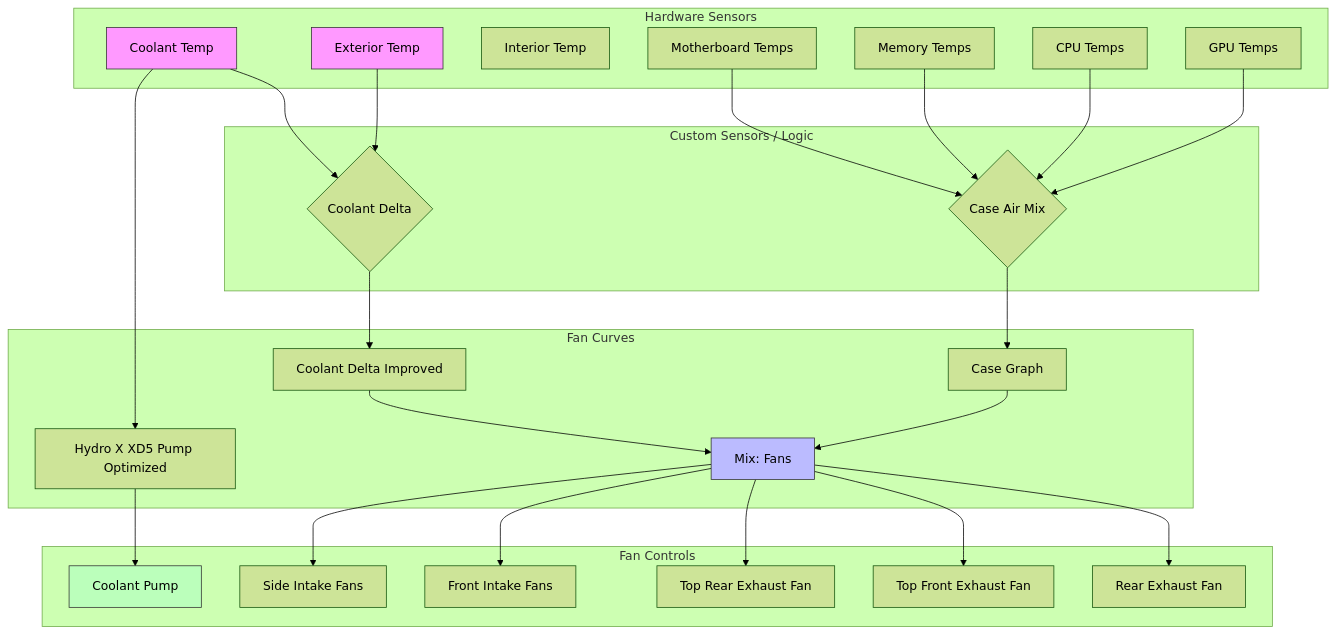
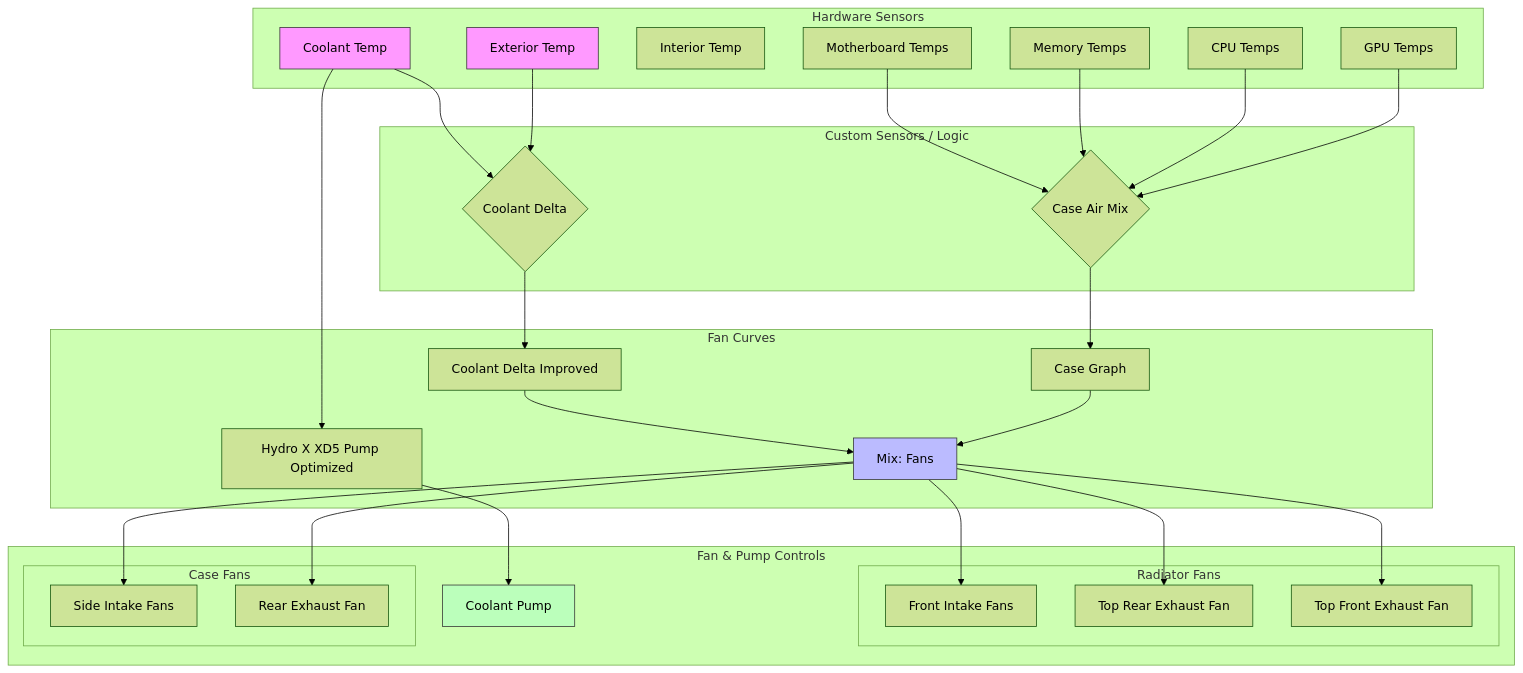
The diagram in README.md (Garulf/FanControl-config), drawn with Mermaid (forest theme) before and after one commit.

Commit message:
Group radiator fans

````diff
--- a/README.md
+++ b/README.md
@@ -3,66 +3,70 @@
 ```mermaid
 graph TD
     %% Sensors
     subgraph Sensors [Hardware Sensors]
         S1[Coolant Temp]
         S2[Exterior Temp]
         S3[Interior Temp]
         S4[Motherboard Temps]
         S5[Memory Temps]
         S6[CPU Temps]
         S7[GPU Temps]
     end
 
     %% Custom Sensors (Mixes)
     subgraph Mixes [Custom Sensors / Logic]
         M1{Coolant Delta}
         M2{Case Air Mix}
     end
 
     %% Curves
     subgraph Curves [Fan Curves]
         C1[Coolant Delta Improved]
         C2[Case Graph]
         C3[Mix: Fans]
         C4[Hydro X XD5 Pump Optimized]
     end
 
     %% Controls
-    subgraph Controls [Fan Controls]
+    subgraph Controls [Fan & Pump Controls]
         F1[Coolant Pump]
-        F2[Side Intake Fans]
-        F3[Front Intake Fans]
-        F4[Top Rear Exhaust Fan]
-        F5[Top Front Exhaust Fan]
-        F6[Rear Exhaust Fan]
+        subgraph RadiatorFans [Radiator Fans]
+            F3[Front Intake Fans]
+            F4[Top Rear Exhaust Fan]
+            F5[Top Front Exhaust Fan]
+        end
+        subgraph CaseFans [Case Fans]
+            F2[Side Intake Fans]
+            F6[Rear Exhaust Fan]
+        end
     end
 
     %% Relationships
     S1 --> M1
     S2 --> M1
     M1 --> C1
     
     S4 --> M2
     S5 --> M2
     S6 --> M2
     S7 --> M2
     M2 --> C2
 
     C1 --> C3
     C2 --> C3
     
     C3 --> F2
     C3 --> F3
     C3 --> F4
     C3 --> F5
     C3 --> F6
     
     S1 --> C4
     C4 --> F1
 
     %% Styling
     style S1 fill:#f9f,stroke:#333
     style S2 fill:#f9f,stroke:#333
     style C3 fill:#bbf,stroke:#333
     style F1 fill:#bfb,stroke:#333
 ```
````
